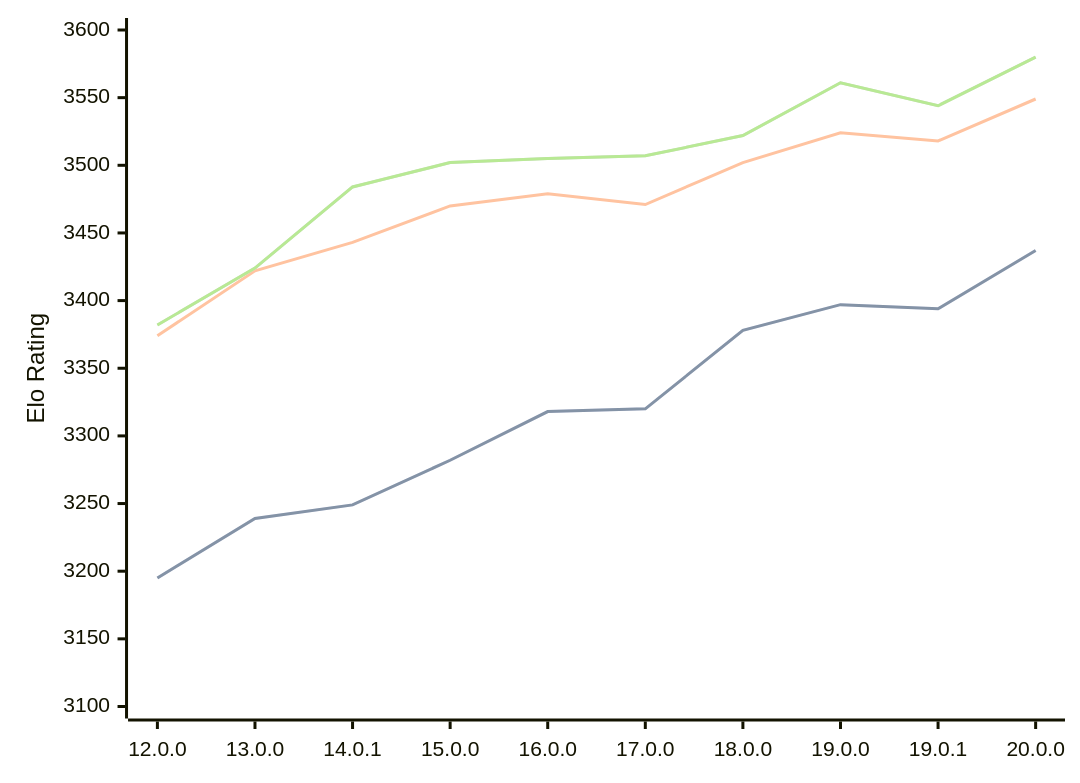
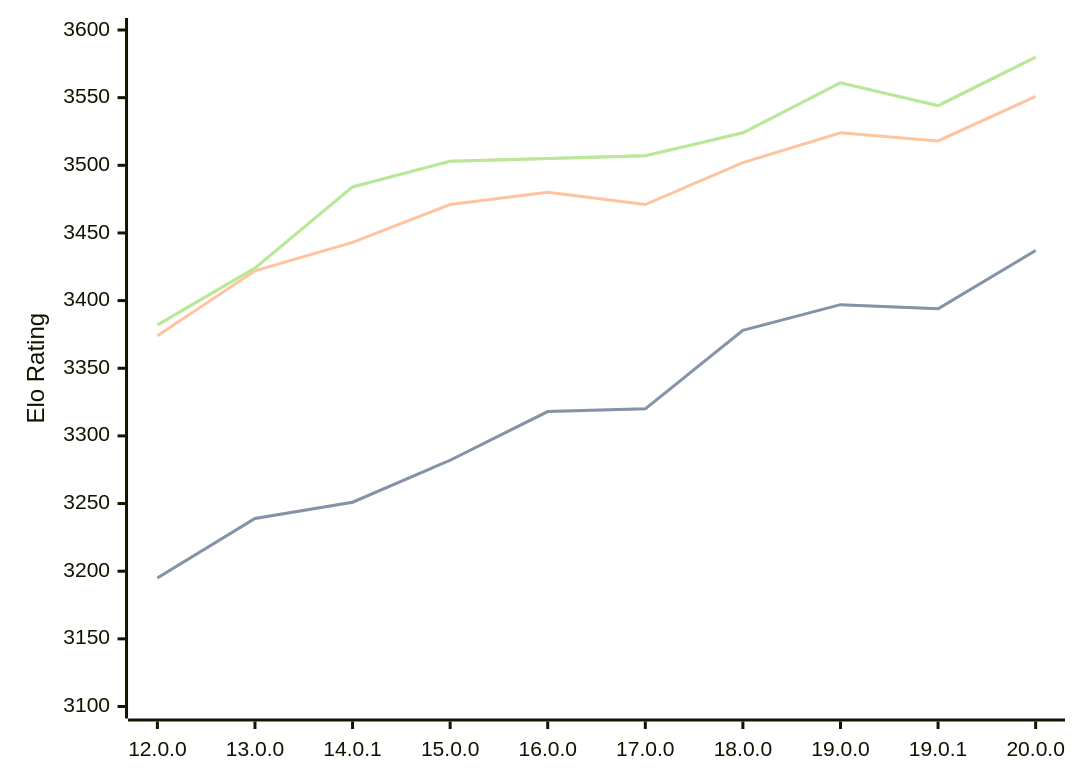
The diagram in engines/Viridithas.md (computer-chess-index/cci), drawn with Mermaid before and after one commit. The commit also changed other lines of this file, not shown here.

Commit message:
Update CCI Ratings (ELO VLTC) - 2026-07-29

````diff
--- a/engines/Viridithas.md
+++ b/engines/Viridithas.md
@@ -64,11 +64,11 @@
 ```mermaid
 %%{init: {"theme":"base","themeVariables":{"seriesColors:['#a3a3a3','#222221','#faa371']}}}%%
 xychart-beta
   x-axis ["12.0.0", "13.0.0", "14.0.1", "15.0.0", "16.0.0", "17.0.0", "18.0.0", "19.0.0", "19.0.1", "20.0.0"]
   y-axis "Elo Rating" 3100 --> 3600
-  line "STC (8.0+0.08s)" [3195, 3239, 3249, 3282, 3318, 3320, 3378, 3397, 3394, 3437]
-  line "STC (8.0+0.08s)" [3195, 3239, 3249, 3282, 3318, 3320, 3378, 3397, 3394, 3437]
-  line "LTC (60.0+0.60s)" [3374, 3422, 3443, 3470, 3479, 3471, 3502, 3524, 3518, 3549]
-  line "VLTC (2m24s+1.12s)" [3382, 3424, 3484, 3502, 3505, 3507, 3522, 3561, 3544, 3580]
-  line "VLTC (2m24s+1.12s)" [3382, 3424, 3484, 3502, 3505, 3507, 3522, 3561, 3544, 3580]
+  line "STC (8.0+0.08s)" [3195, 3239, 3251, 3282, 3318, 3320, 3378, 3397, 3394, 3437]
+  line "STC (8.0+0.08s)" [3195, 3239, 3251, 3282, 3318, 3320, 3378, 3397, 3394, 3437]
+  line "LTC (60.0+0.60s)" [3374, 3422, 3443, 3471, 3480, 3471, 3502, 3524, 3518, 3551]
+  line "VLTC (2m24s+1.12s)" [3382, 3424, 3484, 3503, 3505, 3507, 3524, 3561, 3544, 3580]
+  line "VLTC (2m24s+1.12s)" [3382, 3424, 3484, 3503, 3505, 3507, 3524, 3561, 3544, 3580]
 ```
````
